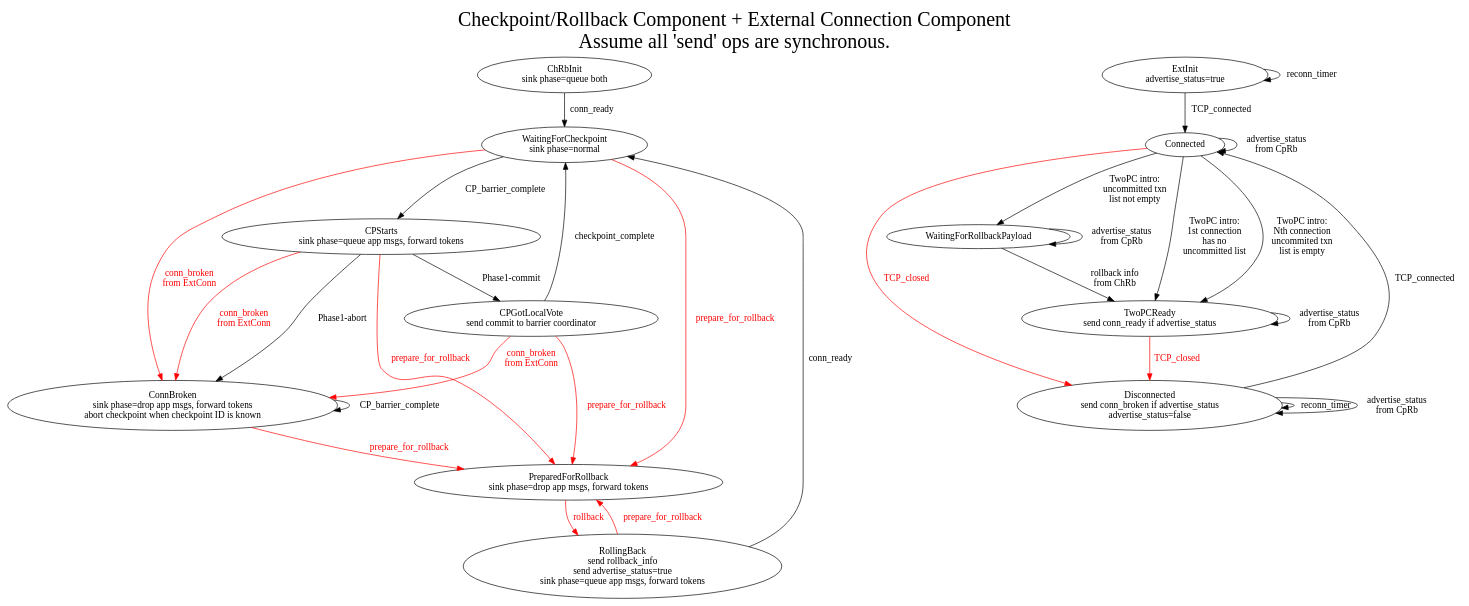
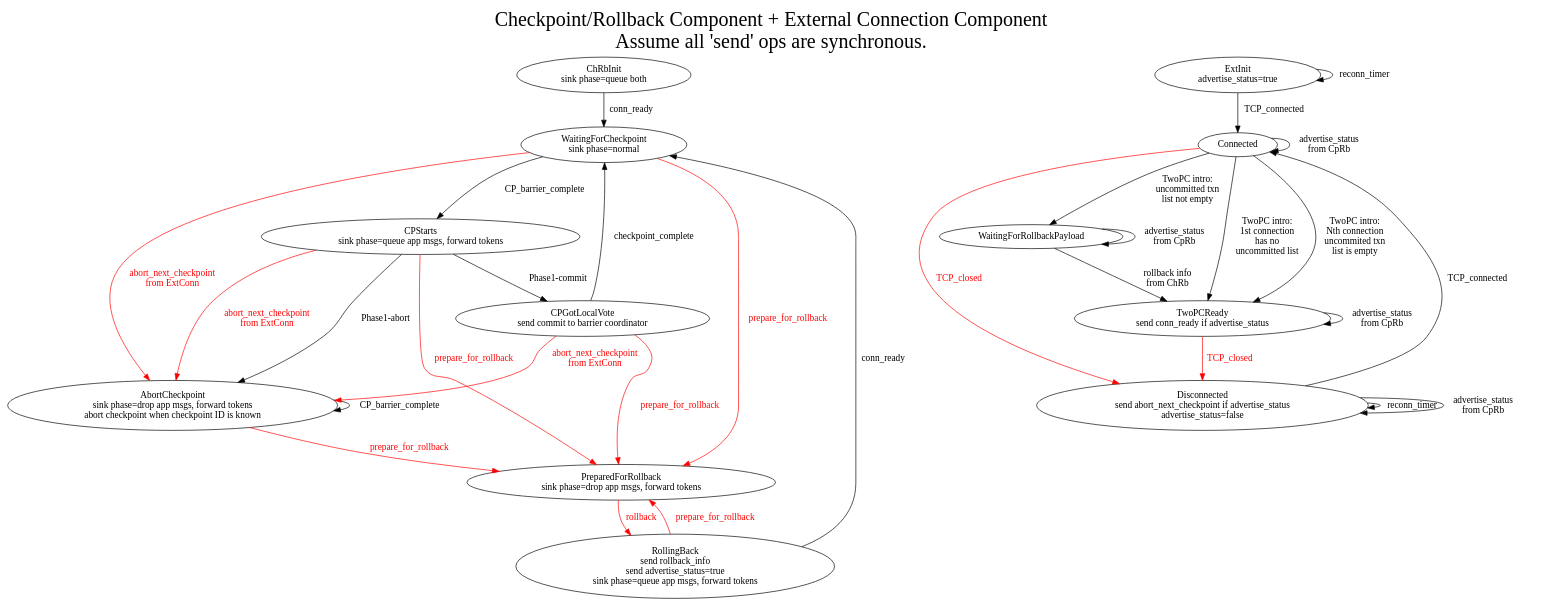
Before and after one commit to WallarooLabs/wally: the diagram in lib/wallaroo/core/sink/connector_sink/mashup.dot, drawn with Graphviz.

Commit message:
WIP: diagram change ConnBroken -> AbortCheckpoint

```diff
--- a/lib/wallaroo/core/sink/connector_sink/mashup.dot
+++ b/lib/wallaroo/core/sink/connector_sink/mashup.dot
@@ -1,76 +1,76 @@
 digraph mashup {
     graph [label="Checkpoint/Rollback Component + External Connection Component\nAssume all 'send' ops are synchronous.",labelloc=t,fontsize=30];
     subgraph AA {
 	graph [label="SUB Checkpoint/Rollback Component",labelloc=t,fontsize=20];
 
 	// Subgraphs
 	subgraph init {
 		ChRbInit [label="ChRbInit\nsink phase=queue both"];
 	}
 	subgraph cp {
 		WaitingForCheckpoint [label="WaitingForCheckpoint\nsink phase=normal"];
-		ConnBroken [label="ConnBroken\nsink phase=drop app msgs, forward tokens\nabort checkpoint when checkpoint ID is known"];
+		AbortCheckpoint [label="AbortCheckpoint\nsink phase=drop app msgs, forward tokens\nabort checkpoint when checkpoint ID is known"];
 	}
 	subgraph sacp {
 		CPStarts [label="CPStarts\nsink phase=queue app msgs, forward tokens"];
 		CPGotLocalVote [label="CPGotLocalVote\nsend commit to barrier coordinator"];
 		// CPGotGlobalVote; // Can we remove this node?
 
 		CPStarts -> CPGotLocalVote [label="Phase1-commit"];
-		CPStarts -> ConnBroken [label="Phase1-abort"];
+		CPStarts -> AbortCheckpoint [label="Phase1-abort"];
 		CPGotLocalVote -> WaitingForCheckpoint [label=checkpoint_complete];
 		// CPGotLocalVote -> CPGotGlobalVote [label=checkpoint_complete];
 		// CPGotGlobalVote -> WaitingForCheckpoint [label=what_happens_here]; // Can we remove this node?
 	}
 	subgraph rollback {
 		PreparedForRollback [label="PreparedForRollback\nsink phase=drop app msgs, forward tokens"];
 		RollingBack [label="RollingBack\nsend rollback_info\nsend advertise_status=true\nsink phase=queue app msgs, forward tokens"];
 
 		PreparedForRollback -> RollingBack [label=rollback,fontcolor=red,color=red];
 	}
 
 	// Other Edges
 	ChRbInit -> WaitingForCheckpoint [label=conn_ready];
 
 	WaitingForCheckpoint -> CPStarts [label=CP_barrier_complete];
-	ConnBroken -> ConnBroken [label=CP_barrier_complete];
+	AbortCheckpoint -> AbortCheckpoint [label=CP_barrier_complete];
 
 	WaitingForCheckpoint -> PreparedForRollback [label=prepare_for_rollback,fontcolor=red,color=red];
-	ConnBroken -> PreparedForRollback [label=prepare_for_rollback,fontcolor=red,color=red];
+	AbortCheckpoint -> PreparedForRollback [label=prepare_for_rollback,fontcolor=red,color=red];
 	CPStarts -> PreparedForRollback [label=prepare_for_rollback,fontcolor=red,color=red];
 	CPGotLocalVote -> PreparedForRollback [label=prepare_for_rollback,fontcolor=red,color=red];
 
-	WaitingForCheckpoint -> ConnBroken [label="conn_broken\nfrom ExtConn",fontcolor=red,color=red];
-	CPStarts -> ConnBroken [label="conn_broken\nfrom ExtConn",fontcolor=red,color=red];
-	CPGotLocalVote -> ConnBroken [label="conn_broken\nfrom ExtConn",fontcolor=red,color=red];
+	WaitingForCheckpoint -> AbortCheckpoint [label="abort_next_checkpoint\nfrom ExtConn",fontcolor=red,color=red];
+	CPStarts -> AbortCheckpoint [label="abort_next_checkpoint\nfrom ExtConn",fontcolor=red,color=red];
+	CPGotLocalVote -> AbortCheckpoint [label="abort_next_checkpoint\nfrom ExtConn",fontcolor=red,color=red];
 
 	RollingBack -> WaitingForCheckpoint [label=conn_ready];
 	RollingBack -> PreparedForRollback [label=prepare_for_rollback,fontcolor=red,color=red];
      }
 
 	subgraph external {
             graph [label="External Connection Component",labelloc=t,fontsize=30];
 
         ExtInit [label="ExtInit\nadvertise_status=true"];
 	    ExtInit -> ExtInit [label=reconn_timer];
 	    ExtInit -> Connected [label=TCP_connected];
 	    Connected -> Disconnected [label=TCP_closed,fontcolor=red,color=red];
 	    Connected -> Connected [label="advertise_status\nfrom CpRb"];
-	    Disconnected [label="Disconnected\nsend conn_broken if advertise_status\nadvertise_status=false"];
+	    Disconnected [label="Disconnected\nsend abort_next_checkpoint if advertise_status\nadvertise_status=false"];
 	    Disconnected -> Connected [label=TCP_connected];
 	    Disconnected -> Disconnected [label=reconn_timer];
 	    Disconnected -> Disconnected [label="advertise_status\nfrom CpRb"];
 	    Connected -> WaitingForRollbackPayload [label="TwoPC intro:\nuncommitted txn\nlist not empty"];
 	    Connected -> TwoPCReady [label="TwoPC intro:\n1st connection\nhas no\nuncommitted list"];
 	    Connected -> TwoPCReady [label="TwoPC intro:\nNth connection\nuncommited txn\nlist is empty"];
 	    WaitingForRollbackPayload -> TwoPCReady [label="rollback info\nfrom ChRb"];
 	    WaitingForRollbackPayload -> WaitingForRollbackPayload [label="advertise_status\nfrom CpRb"];
 
 	    TwoPCReady [label="TwoPCReady\nsend conn_ready if advertise_status"]
 	    TwoPCReady -> Disconnected [label=TCP_closed,fontcolor=red,color=red];
 	    TwoPCReady -> TwoPCReady [label="advertise_status\nfrom CpRb"]
         }
-    ## Not supported by dot, booooo: Connected -> AA [label=conn_broken,style=dashed,fontcolor=red,color=red];
+    ## Not supported by dot, booooo: Connected -> AA [label=abort_next_checkpoint,style=dashed,fontcolor=red,color=red];
     {rank=same; ChRbInit; ExtInit; };
     ## {rank=same; Disconnected; RollingBack; ; };
 }
```
